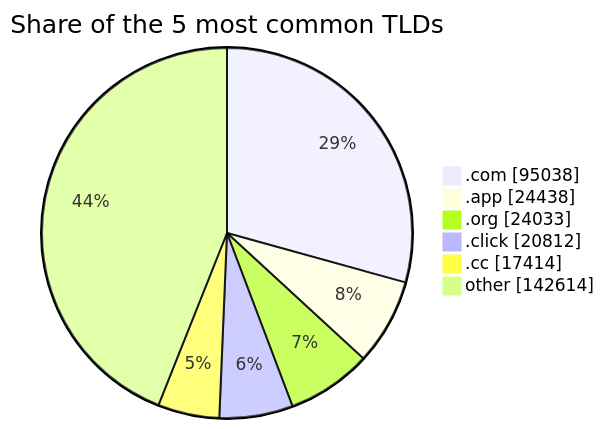
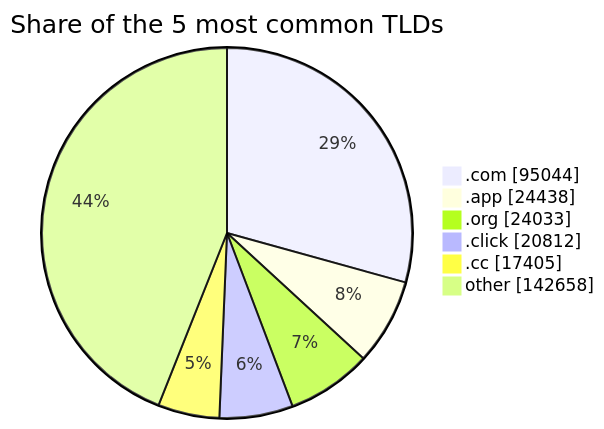
The third of 3 diagrams in README.md (DNSBunker/CTI), drawn with Mermaid before and after one commit. The commit also changed other lines of this file and 4 other files, not shown here.

````diff
--- a/README.md
+++ b/README.md
@@ -81,9 +81,9 @@
 ```mermaid
 pie showData title Share of the 5 most common TLDs
-    ".com" : 95038
+    ".com" : 95044
     ".app" : 24438
     ".org" : 24033
     ".click" : 20812
-    ".cc" : 17414
-    "other" : 142614
+    ".cc" : 17405
+    "other" : 142658
 ```
````
